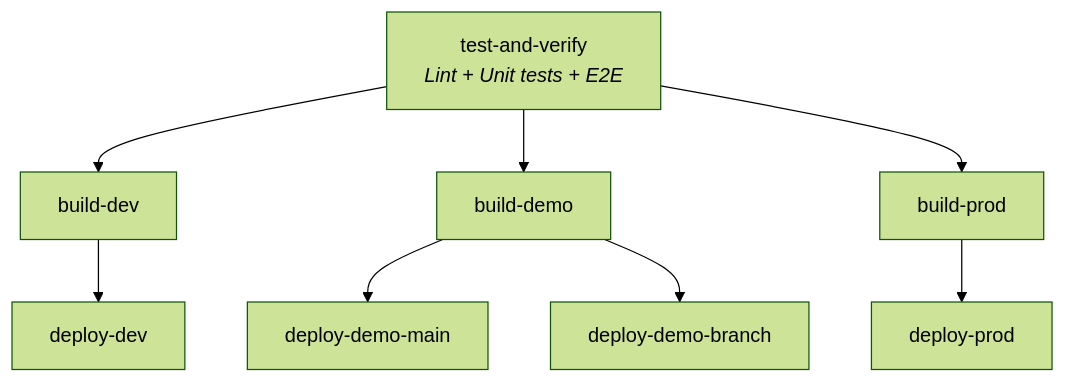
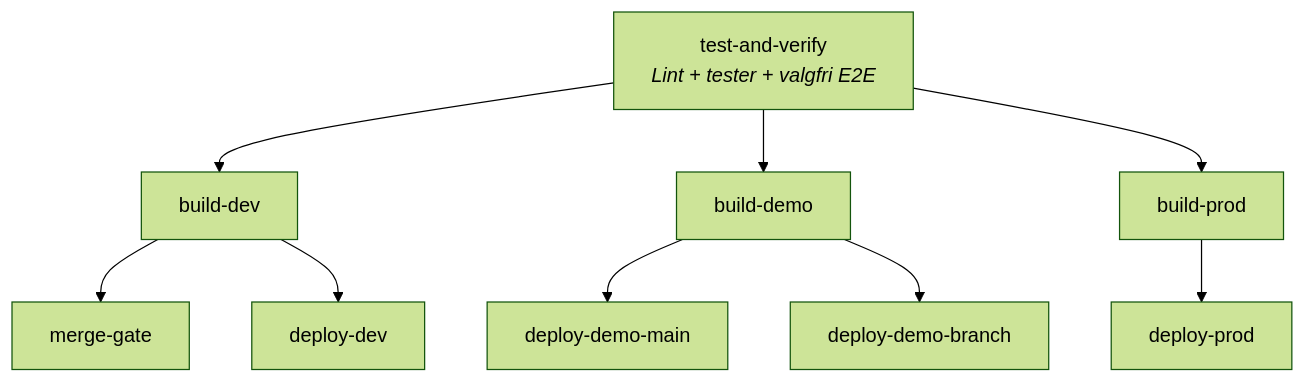
One commit to navikt/teamesyfo-github-actions-workflows changed the diagram in docs/next-app.md. Above: the diagram before and after it, drawn with Mermaid (forest theme). The commit also changed other lines of this file and 1 other file, not shown here.

````diff
--- a/docs/next-app.md
+++ b/docs/next-app.md
@@ -12,10 +9,12 @@
 ```mermaid
 flowchart TD
-    A[test-and-verify<br><i>Lint + Unit tests + E2E</i>] --> B[build-dev]
+    A[test-and-verify<br><i>Lint + tester + valgfri E2E</i>]
+    A --> B[build-dev]
     A --> C[build-demo]
     A --> D[build-prod]
-    B --> E[deploy-dev]
-    C --> F[deploy-demo-main]
-    C --> G[deploy-demo-branch]
-    D --> H[deploy-prod]
+    B --> E[merge-gate]
+    B --> F[deploy-dev]
+    C --> G[deploy-demo-main]
+    C --> H[deploy-demo-branch]
+    D --> I[deploy-prod]
 ```
````
